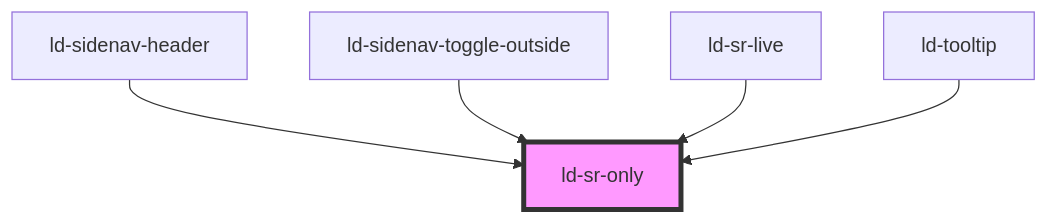
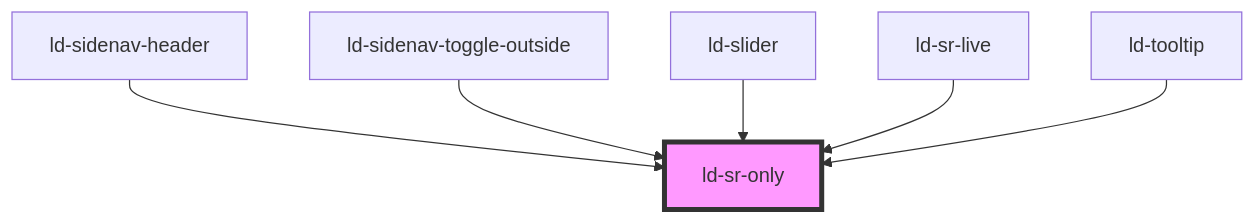
Before and after one commit to emdgroup-liquid/liquid: the diagram in src/liquid/components/ld-sr-only/readme.md, drawn with Mermaid. The commit also changed other lines of this file and 242 other files, not shown here.

````diff
--- a/src/liquid/components/ld-sr-only/readme.md
+++ b/src/liquid/components/ld-sr-only/readme.md
@@ -52,8 +53,9 @@
 ```mermaid
 graph TD;
   ld-sidenav-header --> ld-sr-only
   ld-sidenav-toggle-outside --> ld-sr-only
+  ld-slider --> ld-sr-only
   ld-sr-live --> ld-sr-only
   ld-tooltip --> ld-sr-only
   style ld-sr-only fill:#f9f,stroke:#333,stroke-width:4px
 ```
````
